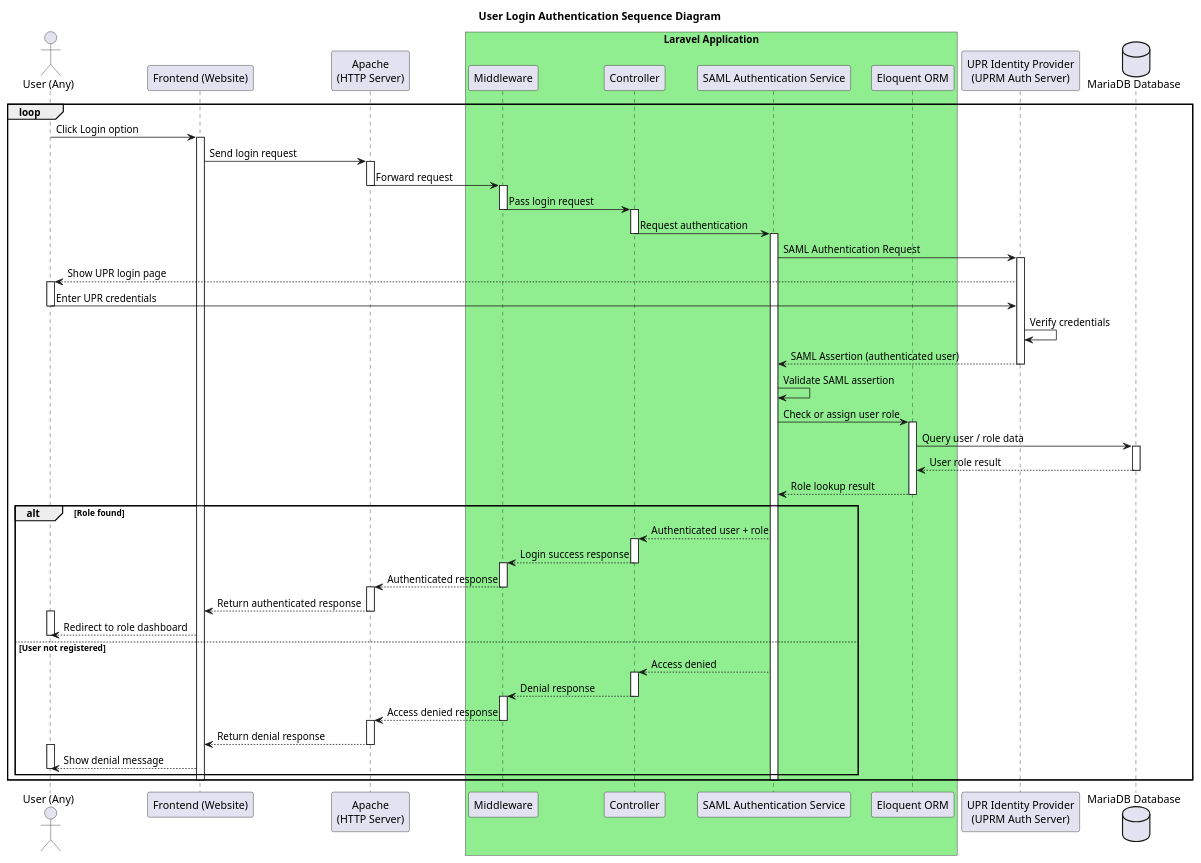
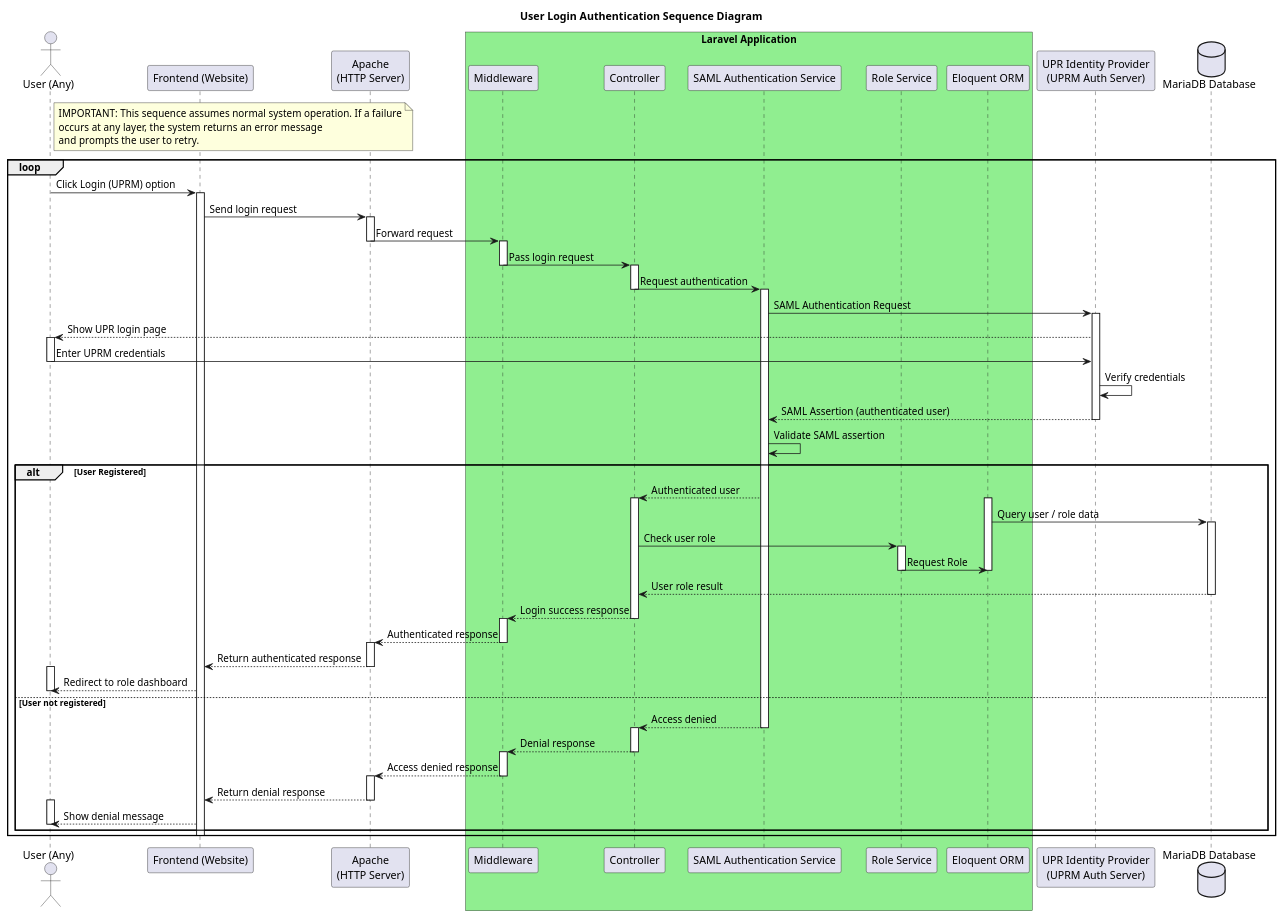
Before and after one commit to JanPerez35/PlantUML: the diagram in sequenceDiagrams/General_Login_System_Sequence_Diagram.puml, drawn with PlantUML. The commit also changed 19 other files, not shown here.

Commit message:
Sequence Fixed

```diff
--- a/sequenceDiagrams/General_Login_System_Sequence_Diagram.puml
+++ b/sequenceDiagrams/General_Login_System_Sequence_Diagram.puml
@@ -1,102 +1,116 @@
 @startuml
 
 title User Login Authentication Sequence Diagram
 
 actor "User (Any)" as User
 
 participant "Frontend (Website)" as FE
 participant "Apache\n(HTTP Server)" as Apache
 
 box "Laravel Application" #LightGreen
   participant "Middleware" as MW
   participant "Controller" as C
   participant "SAML Authentication Service" as S
+  participant "Role Service" as RS
   participant "Eloquent ORM" as ORM
 end box
+
+note right of User
+IMPORTANT: This sequence assumes normal system operation. If a failure
+occurs at any layer, the system returns an error message
+and prompts the user to retry. 
+end note
 
 participant "UPR Identity Provider\n(UPRM Auth Server)" as IdP
 database "MariaDB Database" as DB
 loop
-User -> FE: Click Login option
+User -> FE: Click Login (UPRM) option
 activate FE
 
 FE -> Apache: Send login request
 activate Apache
 Apache -> MW: Forward request
 deactivate Apache
 
 activate MW
 MW -> C: Pass login request
 deactivate MW
 
 activate C
 C -> S: Request authentication
 deactivate C
 
 activate S
 S -> IdP: SAML Authentication Request
 activate IdP
 
 IdP --> User: Show UPR login page
 activate User
 
-User -> IdP: Enter UPR credentials
+User -> IdP: Enter UPRM credentials
 deactivate User
 
 IdP -> IdP: Verify credentials
 IdP --> S: SAML Assertion (authenticated user)
 deactivate IdP
 
 S -> S: Validate SAML assertion
 
-S -> ORM: Check or assign user role
-activate ORM
+
+alt User Registered
+
+
+    S --> C: Authenticated user 
+activate C
+ activate ORM
 ORM -> DB: Query user / role data
 activate DB
-DB --> ORM: User role result
+
+
+  C -> RS: Check user role
+  activate RS
+RS-> ORM: Request Role
+  deactivate RS
+
+deactivate ORM
+    DB --> C: User role result
 deactivate DB
-ORM --> S: Role lookup result
-deactivate ORM
-
-alt Role found
-    S --> C: Authenticated user + role
-    activate C
     C --> MW: Login success response
     deactivate C
 
     activate MW
     MW --> Apache: Authenticated response
     deactivate MW
 
     activate Apache
     Apache --> FE: Return authenticated response
     deactivate Apache
 
     activate User
     FE --> User: Redirect to role dashboard
     deactivate User
 
 else User not registered
     S --> C: Access denied
+    deactivate S
     activate C
     C --> MW: Denial response
     deactivate C
 
     activate MW
     MW --> Apache: Access denied response
     deactivate MW
 
     activate Apache
     Apache --> FE: Return denial response
     deactivate Apache
 
     activate User
     FE --> User: Show denial message
     deactivate User
 end
 
-deactivate S
 deactivate FE
 end
 
 @enduml
```
